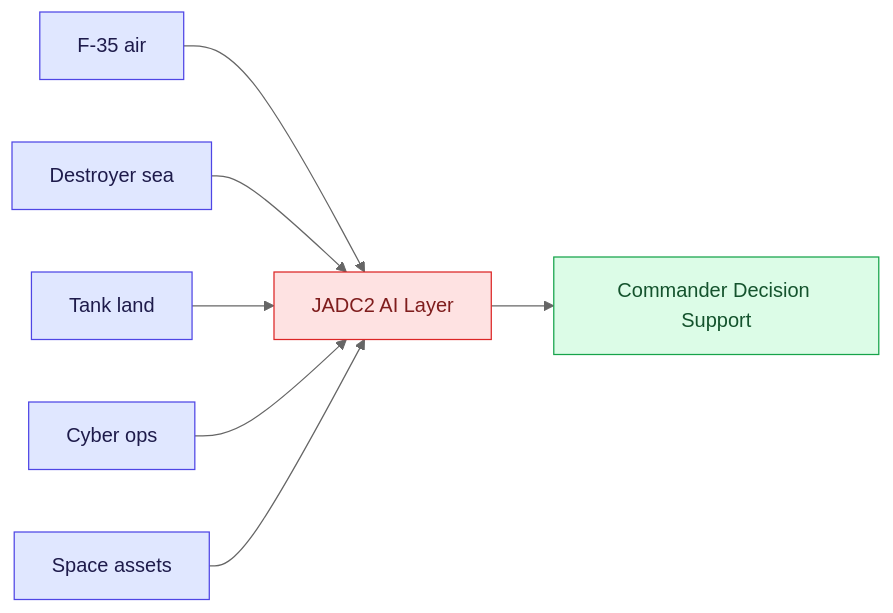
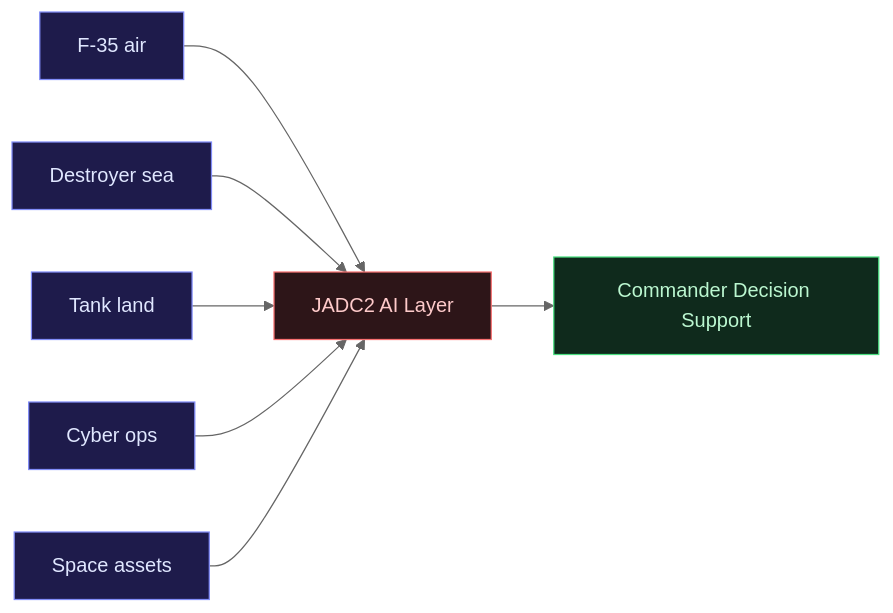
The second of 3 diagrams in src/content/posts/en/mad-01-battlefield.md (arifbazli/malay-tech-journal), drawn with Mermaid (neutral theme) before and after one commit. The commit also changed other lines of this file and 16 other files, not shown here.

First line of the commit message:
fix(mermaid): fix light-theme colors and rendering bugs across all diagrams

````diff
--- a/src/content/posts/en/mad-01-battlefield.md
+++ b/src/content/posts/en/mad-01-battlefield.md
@@ -67,19 +66,19 @@
 ```mermaid
 flowchart LR
   F35[F-35 air]:::asset
   DES[Destroyer sea]:::asset
   TNK[Tank land]:::asset
   CYB[Cyber ops]:::asset
   SPC[Space assets]:::asset
   JADC[JADC2 AI Layer]:::brain
   CMD[Commander Decision Support]:::cmd
   F35 --> JADC
   DES --> JADC
   TNK --> JADC
   CYB --> JADC
   SPC --> JADC
   JADC --> CMD
-  classDef asset fill:#e0e7ff,stroke:#4f46e5,color:#1e1b4b
-  classDef brain fill:#fee2e2,stroke:#dc2626,color:#7f1d1d
-  classDef cmd fill:#dcfce7,stroke:#16a34a,color:#14532d
+  classDef asset fill:#1e1b4b,stroke:#818cf8,color:#e0e7ff
+  classDef brain fill:#2d1518,stroke:#f87171,color:#fecaca
+  classDef cmd fill:#0f2a1c,stroke:#4ade80,color:#bbf7d0
 ```
````
